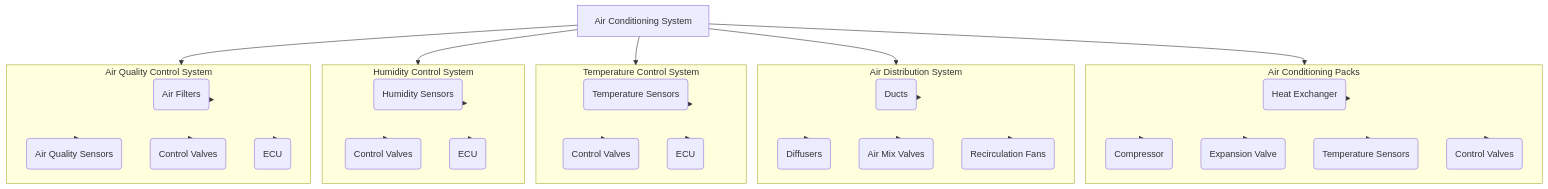
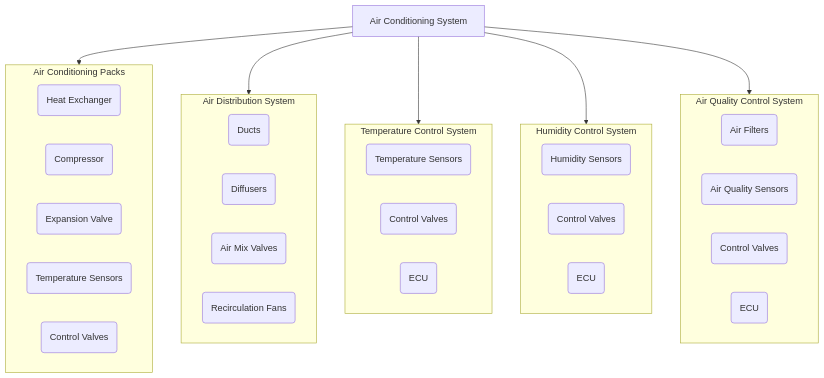
The first of 5 diagrams in docs/GPAM/ATA21/GPAM-AMPEL-0201-21-001-A.md (Robbbo-T/GAIA-AIR-CSDB), drawn with Mermaid before and after one commit. The commit also changed other lines of this file, not shown here.

````diff
--- a/docs/GPAM/ATA21/GPAM-AMPEL-0201-21-001-A.md
+++ b/docs/GPAM/ATA21/GPAM-AMPEL-0201-21-001-A.md
@@ -70,68 +85,38 @@
-  ```mermaid
-  flowchart TB
+```mermaid
+flowchart TB
   A[Air Conditioning System]
-
   subgraph B["Air Conditioning Packs"]
     B1(Heat Exchanger)
     B2(Compressor)
     B3(Expansion Valve)
     B4(Temperature Sensors)
     B5(Control Valves)
   end
-
   subgraph C["Air Distribution System"]
     C1(Ducts)
     C2(Diffusers)
     C3(Air Mix Valves)
     C4(Recirculation Fans)
   end
-
   subgraph D["Temperature Control System"]
     D1(Temperature Sensors)
     D2(Control Valves)
     D3(ECU)
   end
-
   subgraph E["Humidity Control System"]
     E1(Humidity Sensors)
     E2(Control Valves)
     E3(ECU)
   end
-
   subgraph F["Air Quality Control System"]
     F1(Air Filters)
     F2(Air Quality Sensors)
     F3(Control Valves)
     F4(ECU)
   end
-
   A --> B
   A --> C
   A --> D
   A --> E
   A --> F
-
-  B --> B1
-  B --> B2
-  B --> B3
-  B --> B4
-  B --> B5
-
-  C --> C1
-  C --> C2
-  C --> C3
-  C --> C4
-
-  D --> D1
-  D --> D2
-  D --> D3
-
-  E --> E1
-  E --> E2
-  E --> E3
-
-  F --> F1
-  F --> F2
-  F --> F3
-  F --> F4
-  ```
+```
````
